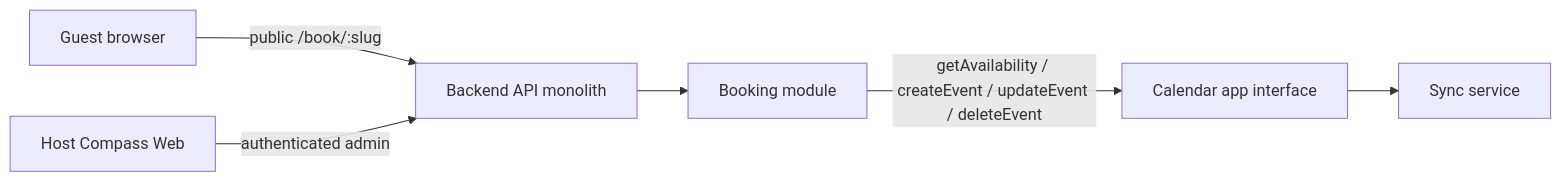
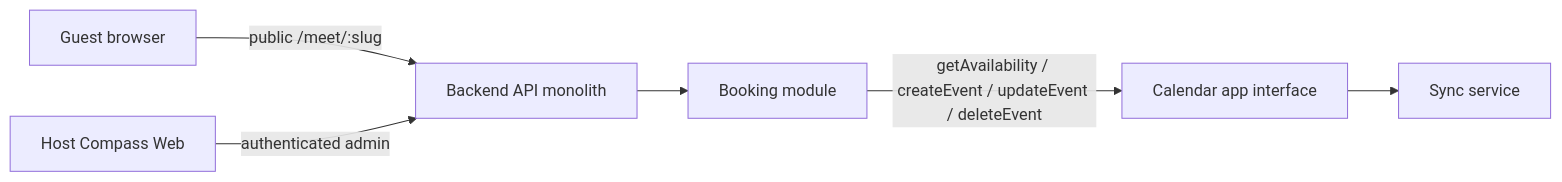
The second of 2 diagrams in docs/features/booking.md (SwitchbackTech/compass), drawn with Mermaid before and after one commit. The commit also changed other lines of this file and 6 other files, not shown here.

````diff
--- a/docs/features/booking.md
+++ b/docs/features/booking.md
@@ -367,15 +369,15 @@
 ```mermaid
 flowchart LR
   guest[Guest browser]
   host[Host Compass Web]
   api[Backend API monolith]
   booking[Booking module]
   calendar[Calendar app interface]
   sync[Sync service]
 
-  guest -->|"public /book/:slug"| api
+  guest -->|"public /meet/:slug"| api
   host -->|authenticated admin| api
   api --> booking
   booking -->|"getAvailability / createEvent / updateEvent / deleteEvent"| calendar
   calendar --> sync
 ```
````
